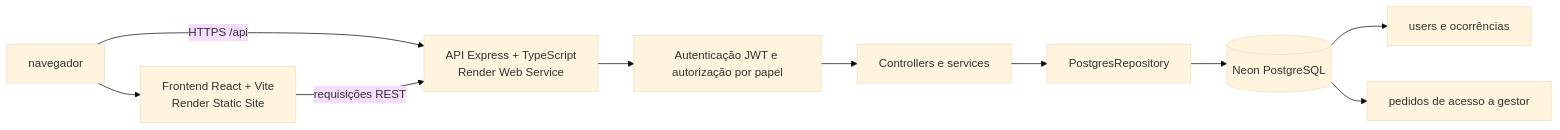
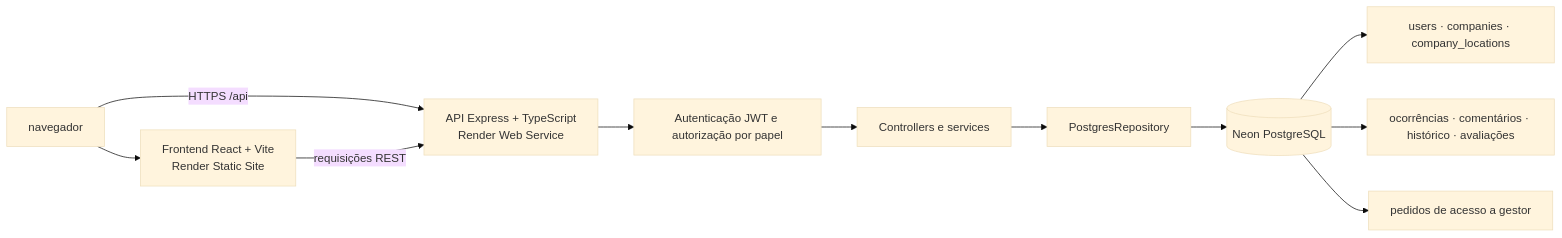
One commit to JohnatanOliv/ResolveAi---Project changed the first of 3 diagrams in README.md. Above: the diagram before and after it, drawn with Mermaid (base theme). The commit also changed other lines of this file and 32 other files, not shown here.

````diff
--- a/README.md
+++ b/README.md
@@ -9,12 +9,13 @@
 ```mermaid
 flowchart LR
     B[ navegador ] --> F[Frontend React + Vite<br/>Render Static Site]
     B -->|HTTPS /api| A[API Express + TypeScript<br/>Render Web Service]
     F -->|requisições REST| A
     A --> M[Autenticação JWT e autorização por papel]
     M --> S[Controllers e services]
     S --> R[PostgresRepository]
     R --> N[(Neon PostgreSQL)]
-    N --> U[users e ocorrências]
+    N --> U[users · companies · company_locations]
+    N --> O[ocorrências · comentários · histórico · avaliações]
     N --> Q[pedidos de acesso a gestor]
 ```
````
